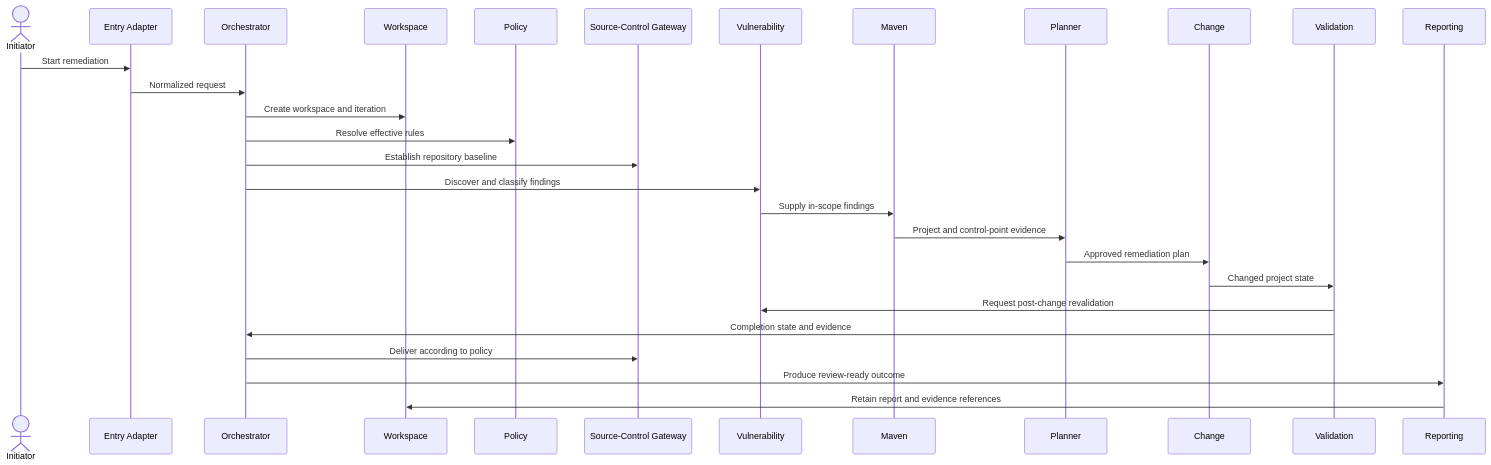
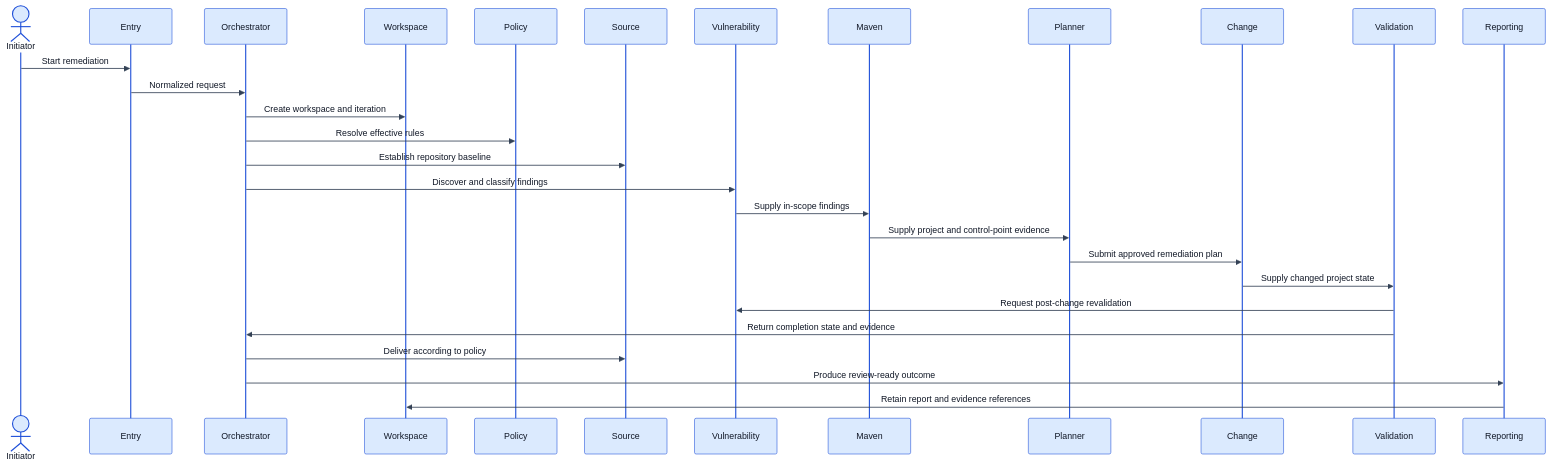
One commit to AILearner365/oss-remediation-adk changed the fifth of 7 diagrams in docs/04-system-architecture.md. Above: the diagram before and after it, drawn with Mermaid. The commit also changed other lines of this file, not shown here.

Commit message:
docs: refine architecture constraints and diagram readability

````diff
--- a/docs/04-system-architecture.md
+++ b/docs/04-system-architecture.md
@@ -258,31 +278,32 @@
 ```mermaid
+%%{init: {"theme":"base","themeVariables":{"background":"#ffffff","primaryColor":"#dbeafe","primaryTextColor":"#111827","primaryBorderColor":"#1d4ed8","lineColor":"#334155","textColor":"#111827","actorBkg":"#dbeafe","actorBorder":"#1d4ed8","actorTextColor":"#111827","signalColor":"#334155","signalTextColor":"#111827","labelBoxBkgColor":"#ffffff","labelTextColor":"#111827","noteBkgColor":"#fef3c7","noteTextColor":"#111827"}}}%%
 sequenceDiagram
     actor Initiator
-    participant Entry as Entry Adapter
+    participant Entry
     participant Orchestrator
     participant Workspace
     participant Policy
-    participant Source as Source-Control Gateway
+    participant Source
     participant Vulnerability
     participant Maven
     participant Planner
     participant Change
     participant Validation
     participant Reporting
 
     Initiator->>Entry: Start remediation
     Entry->>Orchestrator: Normalized request
     Orchestrator->>Workspace: Create workspace and iteration
     Orchestrator->>Policy: Resolve effective rules
     Orchestrator->>Source: Establish repository baseline
     Orchestrator->>Vulnerability: Discover and classify findings
     Vulnerability->>Maven: Supply in-scope findings
-    Maven->>Planner: Project and control-point evidence
-    Planner->>Change: Approved remediation plan
-    Change->>Validation: Changed project state
+    Maven->>Planner: Supply project and control-point evidence
+    Planner->>Change: Submit approved remediation plan
+    Change->>Validation: Supply changed project state
     Validation->>Vulnerability: Request post-change revalidation
-    Validation->>Orchestrator: Completion state and evidence
+    Validation->>Orchestrator: Return completion state and evidence
     Orchestrator->>Source: Deliver according to policy
     Orchestrator->>Reporting: Produce review-ready outcome
     Reporting->>Workspace: Retain report and evidence references
 ```
````
